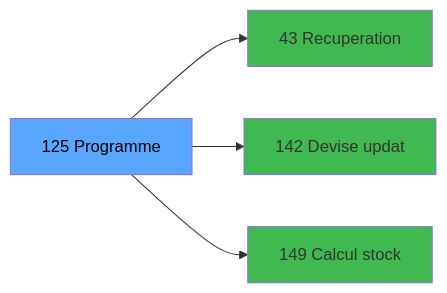
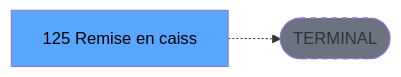
One commit to thonyAGP/lecteur-magic changed the third of 3 diagrams in .openspec/renders/ADH-IDE-125.md. Above: the diagram before and after it, drawn with Mermaid. The commit also changed other lines of this file and 701 other files, not shown here.

````diff
--- a/.openspec/renders/ADH-IDE-125.md
+++ b/.openspec/renders/ADH-IDE-125.md
@@ -151,14 +142,8 @@
 ```mermaid
 graph LR
-    T[125 Programme]
-    C43[43 Recuperation]
-    T --> C43
-    C142[142 Devise updat]
-    T --> C142
-    C149[149 Calcul stock]
-    T --> C149
+    T[125 Remise en caiss]
+    TERM([TERMINAL])
+    T -.-> TERM
+    style TERM fill:#6b7280,stroke-dasharray: 5 5
     style T fill:#58a6ff,color:#000
-    style C43 fill:#3fb950
-    style C142 fill:#3fb950
-    style C149 fill:#3fb950
 ```
````
